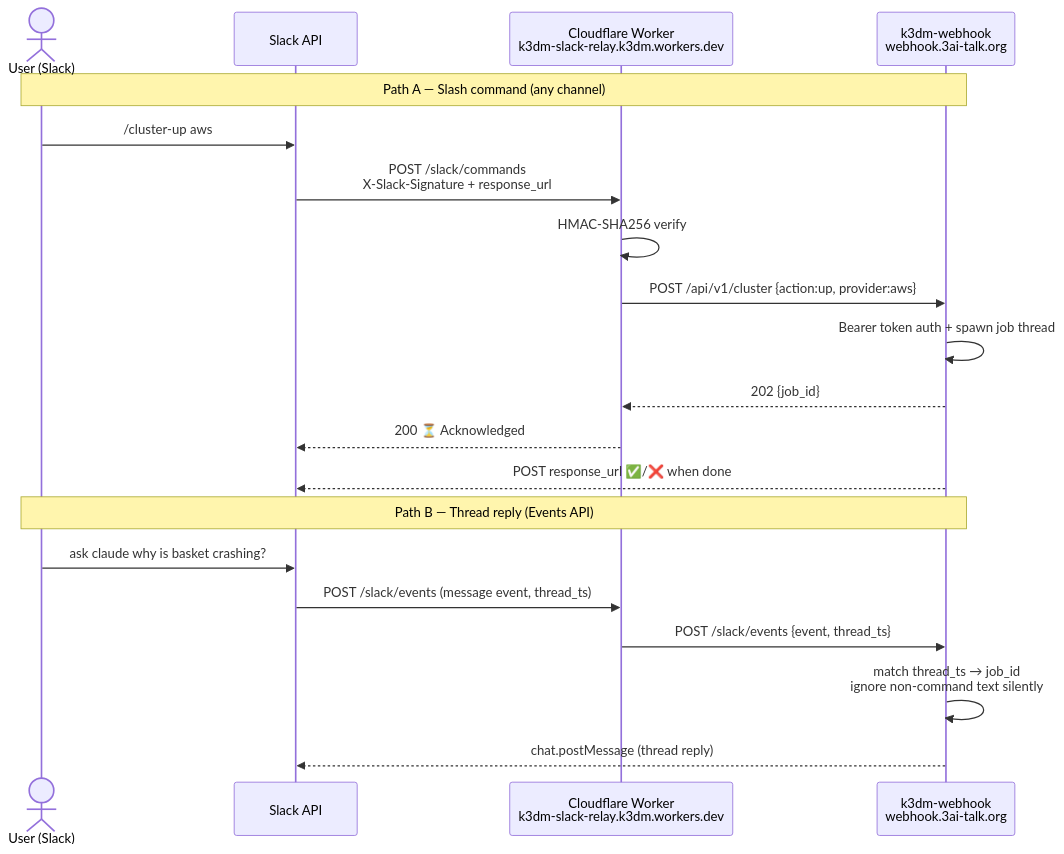
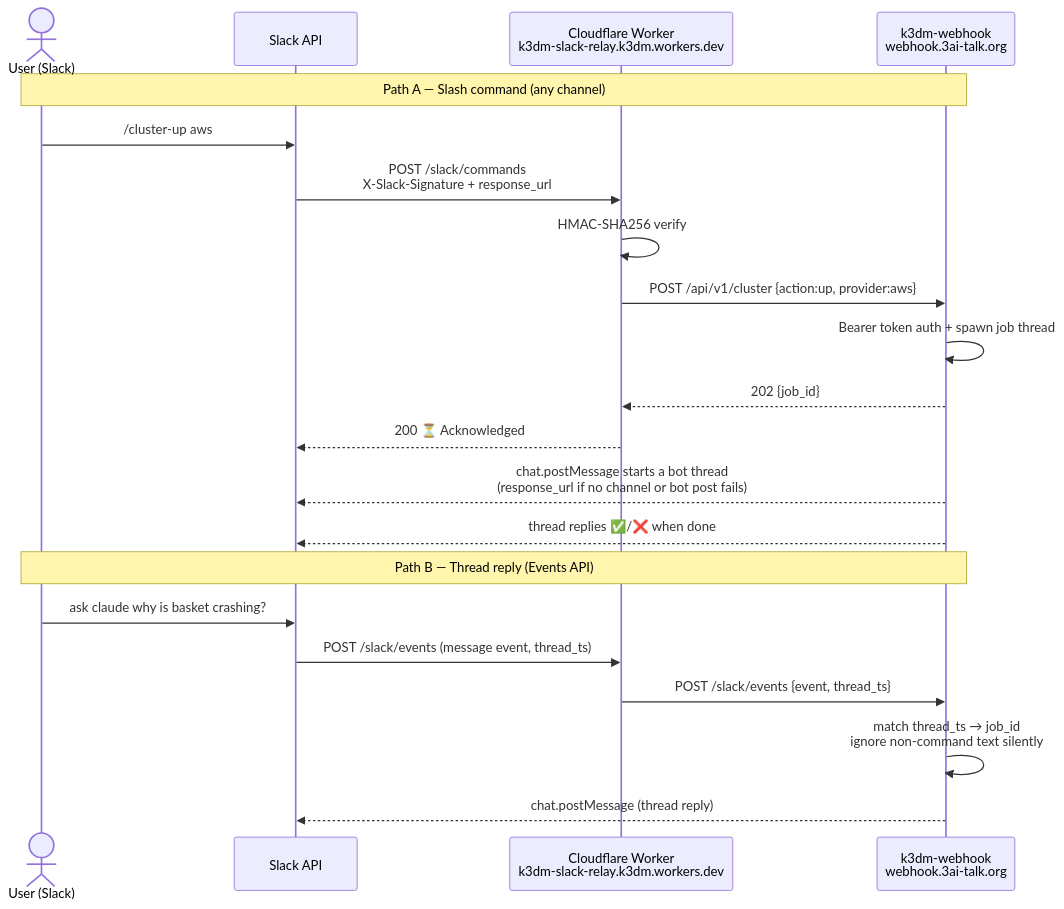
Before and after one commit to wilddog64/k3d-manager: the first of 2 diagrams in docs/howto/slack-slash-commands.md, drawn with Mermaid. The commit also changed other lines of this file and 21 other files, not shown here.

````diff
--- a/docs/howto/slack-slash-commands.md
+++ b/docs/howto/slack-slash-commands.md
@@ -16,24 +16,25 @@
 ```mermaid
 sequenceDiagram
     actor U as User (Slack)
     participant S as Slack API
     participant W as Cloudflare Worker<br/>k3dm-slack-relay.k3dm.workers.dev
     participant H as k3dm-webhook<br/>webhook.3ai-talk.org
 
     note over U,H: Path A — Slash command (any channel)
     U->>S: /cluster-up aws
     S->>W: POST /slack/commands<br/>X-Slack-Signature + response_url
     W->>W: HMAC-SHA256 verify
     W->>H: POST /api/v1/cluster {action:up, provider:aws}
     H->>H: Bearer token auth + spawn job thread
     H-->>W: 202 {job_id}
     W-->>S: 200 ⏳ Acknowledged
-    H-->>S: POST response_url ✅/❌ when done
+    H-->>S: chat.postMessage starts a bot thread<br/>(response_url if no channel or bot post fails)
+    H-->>S: thread replies ✅/❌ when done
 
     note over U,H: Path B — Thread reply (Events API)
     U->>S: ask claude why is basket crashing?
     S->>W: POST /slack/events (message event, thread_ts)
     W->>H: POST /slack/events {event, thread_ts}
     H->>H: match thread_ts → job_id<br/>ignore non-command text silently
     H-->>S: chat.postMessage (thread reply)
 ```
````
